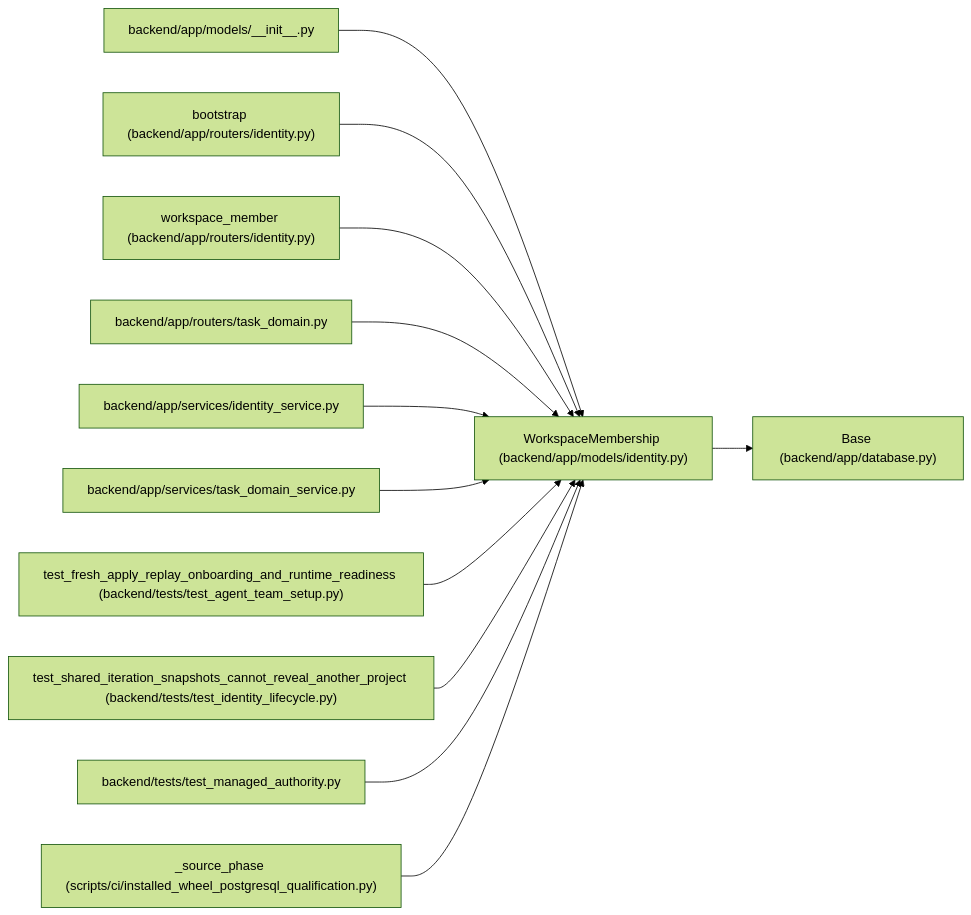
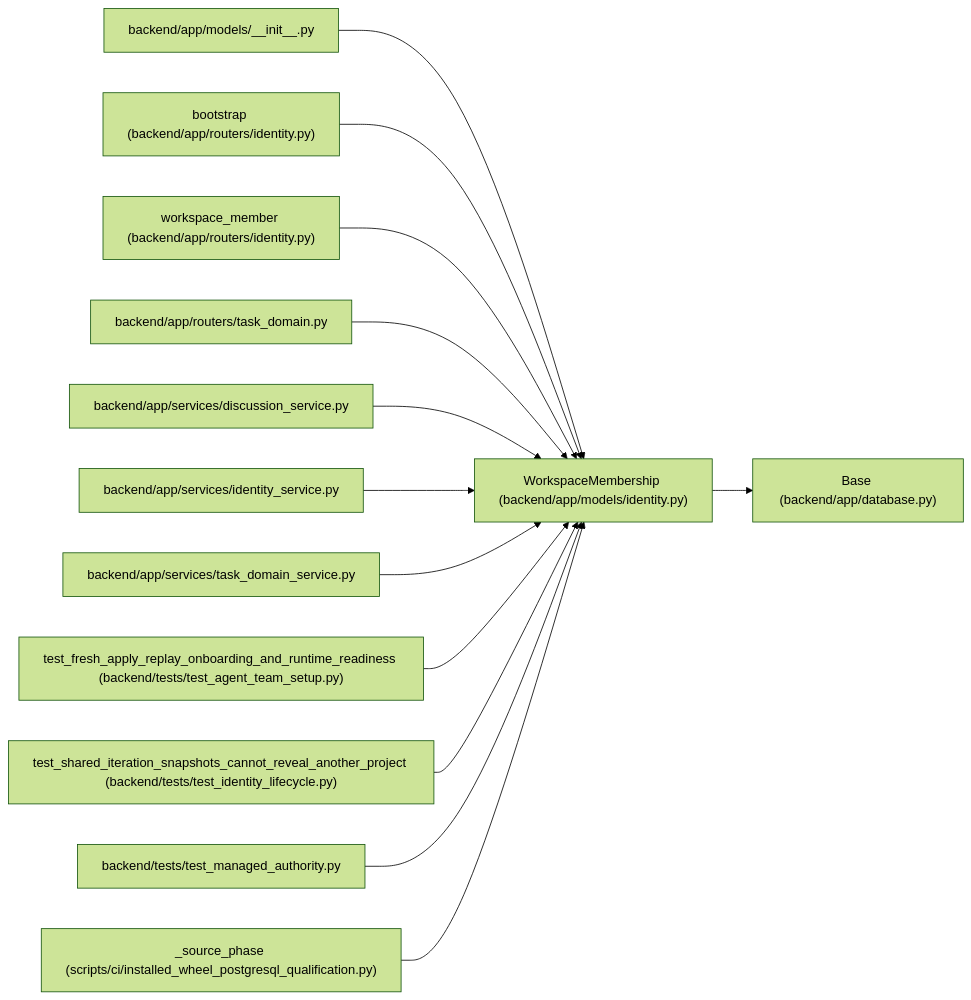
The diagram in docs/llm_wiki/entities/WorkspaceMembership.md (Denissvgn/WorkChord), drawn with Mermaid (forest theme) before and after one commit. The commit also changed other lines of this file and 1888 other files, not shown here.

First line of the commit message:
Add human teamwork workflows, shared capacity, and task discussion (#7)

````diff
--- a/docs/llm_wiki/entities/WorkspaceMembership.md
+++ b/docs/llm_wiki/entities/WorkspaceMembership.md
@@ -27,38 +27,41 @@
 ```mermaid
 flowchart LR
     n0["WorkspaceMembership (backend/app/models/identity.py)"]
     n1["Base (backend/app/database.py)"]
     n2["backend/app/models/__init__.py"]
     n3["bootstrap (backend/app/routers/identity.py)"]
     n4["workspace_member (backend/app/routers/identity.py)"]
     n5["backend/app/routers/task_domain.py"]
-    n6["backend/app/services/identity_service.py"]
-    n7["backend/app/services/task_domain_service.py"]
-    n8["test_fresh_apply_replay_onboarding_and_runtime_readiness (backend/tests/test_agent_team_setup.py)"]
-    n9["test_shared_iteration_snapshots_cannot_reveal_another_project (backend/tests/test_identity_lifecycle.py)"]
-    n10["backend/tests/test_managed_authority.py"]
-    n11["_source_phase (scripts/ci/installed_wheel_postgresql_qualification.py)"]
+    n6["backend/app/services/discussion_service.py"]
+    n7["backend/app/services/identity_service.py"]
+    n8["backend/app/services/task_domain_service.py"]
+    n9["test_fresh_apply_replay_onboarding_and_runtime_readiness (backend/tests/test_agent_team_setup.py)"]
+    n10["test_shared_iteration_snapshots_cannot_reveal_another_project (backend/tests/test_identity_lifecycle.py)"]
+    n11["backend/tests/test_managed_authority.py"]
+    n12["_source_phase (scripts/ci/installed_wheel_postgresql_qualification.py)"]
     n0 --> n1
     n2 --> n0
     n3 --> n0
     n4 --> n0
     n5 --> n0
     n6 --> n0
     n7 --> n0
     n8 --> n0
     n9 --> n0
     n10 --> n0
     n11 --> n0
+    n12 --> n0
     click n0 "../modules/models_identity.md"
     click n1 "../modules/app_database.md"
     click n2 "../modules/models___init__.md"
     click n3 "../modules/routers_identity.md"
     click n4 "../modules/routers_identity.md"
     click n5 "../modules/routers_task_domain.md"
-    click n6 "../modules/identity_service.md"
-    click n7 "../modules/task_domain_service.md"
-    click n8 "../modules/test_agent_team_setup.md"
-    click n9 "../modules/test_identity_lifecycle.md"
-    click n10 "../modules/test_managed_authority.md"
-    click n11 "../modules/installed_wheel_postgresql_qualification.md"
+    click n6 "../modules/discussion_service.md"
+    click n7 "../modules/identity_service.md"
+    click n8 "../modules/task_domain_service.md"
+    click n9 "../modules/test_agent_team_setup.md"
+    click n10 "../modules/test_identity_lifecycle.md"
+    click n11 "../modules/test_managed_authority.md"
+    click n12 "../modules/installed_wheel_postgresql_qualification.md"
 ```
````
